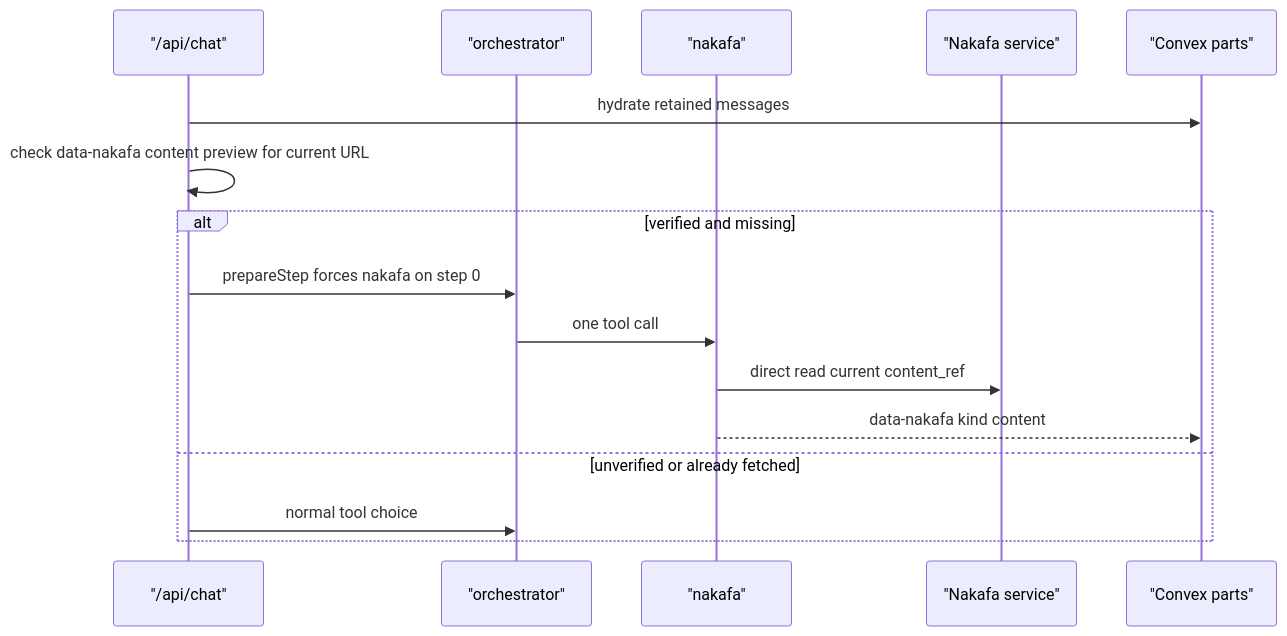
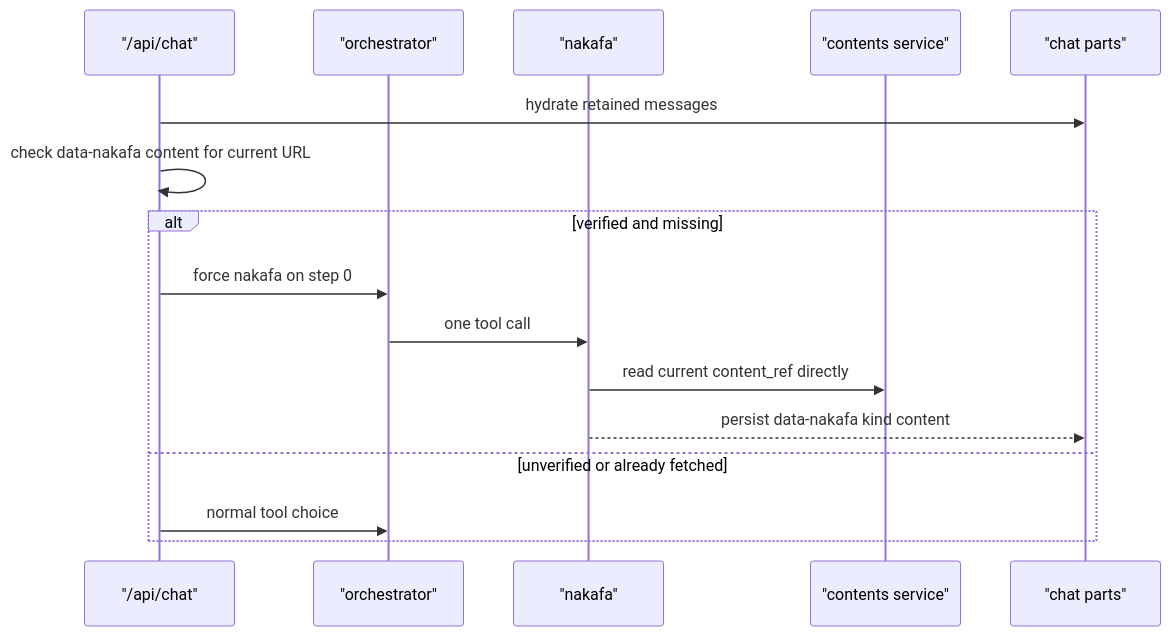
The second of 2 diagrams in packages/ai/agents/docs/architecture.md (nakafaai/nakafa.com), drawn with Mermaid before and after one commit. The commit also changed other lines of this file and 123 other files, not shown here.

First line of the commit message:
Add Convex content search and agent integration

````diff
--- a/packages/ai/agents/docs/architecture.md
+++ b/packages/ai/agents/docs/architecture.md
@@ -29,19 +30,19 @@
 ```mermaid
 sequenceDiagram
   participant Route as "/api/chat"
   participant Main as "orchestrator"
   participant Tool as "nakafa"
-  participant Service as "Nakafa service"
-  participant Convex as "Convex parts"
+  participant Content as "contents service"
+  participant Convex as "chat parts"
 
   Route->>Convex: hydrate retained messages
-  Route->>Route: check data-nakafa content preview for current URL
+  Route->>Route: check data-nakafa content for current URL
   alt verified and missing
-    Route->>Main: prepareStep forces nakafa on step 0
+    Route->>Main: force nakafa on step 0
     Main->>Tool: one tool call
-    Tool->>Service: direct read current content_ref
-    Tool-->>Convex: data-nakafa kind content
+    Tool->>Content: read current content_ref directly
+    Tool-->>Convex: persist data-nakafa kind content
   else unverified or already fetched
     Route->>Main: normal tool choice
   end
 ```
````
